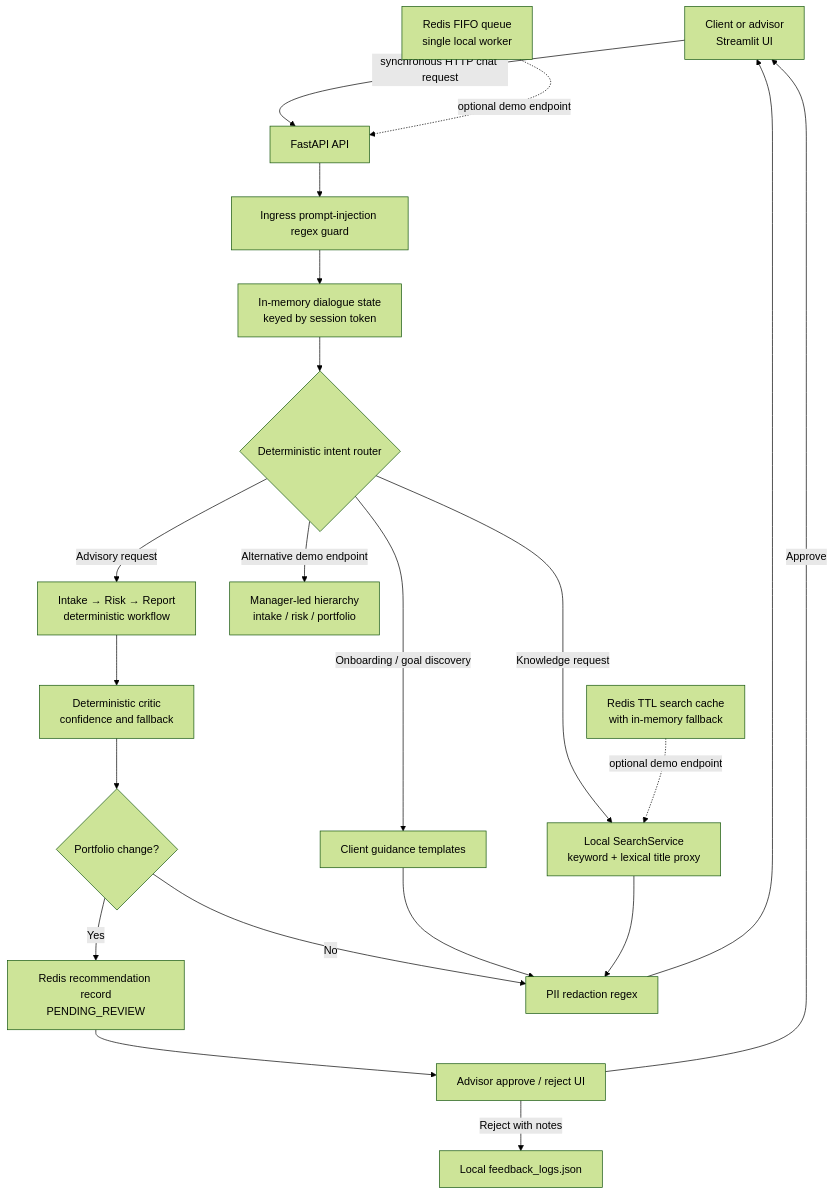
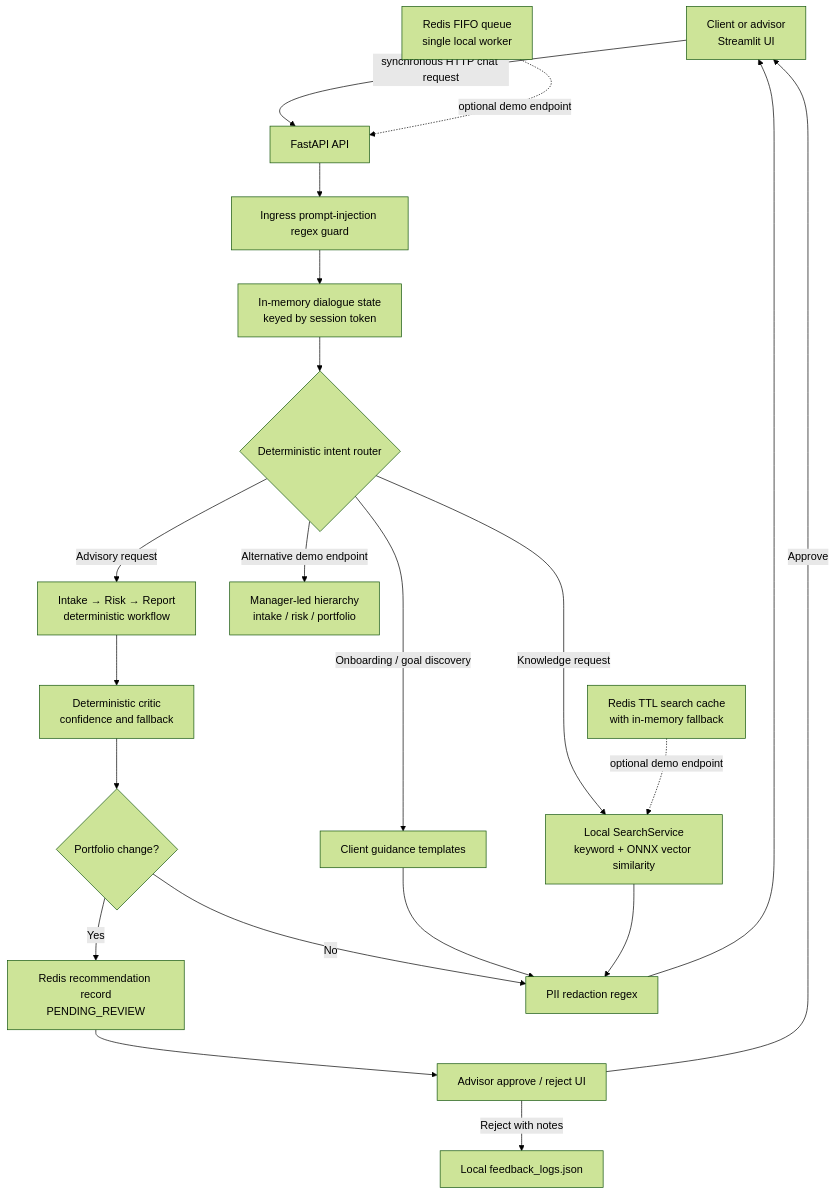
Before and after one commit to namlassalman/kayawealth-core: the diagram in README.md, drawn with Mermaid (forest theme). The commit also changed other lines of this file and 15 other files, not shown here.

````diff
--- a/README.md
+++ b/README.md
@@ -32,27 +32,27 @@
 ```mermaid
 flowchart TD
     Client[Client or advisor\nStreamlit UI] -->|synchronous HTTP chat request| API[FastAPI API]
 
     API --> Guard[Ingress prompt-injection regex guard]
     Guard --> Dialogue[In-memory dialogue state\nkeyed by session token]
     Dialogue --> Intent{Deterministic intent router}
 
     Intent -->|Onboarding / goal discovery| Guidance[Client guidance templates]
-    Intent -->|Knowledge request| Search[Local SearchService\nkeyword + lexical title proxy]
+    Intent -->|Knowledge request| Search[Local SearchService\nkeyword + ONNX vector similarity]
     Intent -->|Advisory request| Sequential[Intake → Risk → Report\ndeterministic workflow]
     Intent -->|Alternative demo endpoint| Manager[Manager-led hierarchy\nintake / risk / portfolio]
 
     Sequential --> Critic[Deterministic critic\nconfidence and fallback]
     Critic --> Review{Portfolio change?}
     Review -->|Yes| Recommendation[Redis recommendation record\nPENDING_REVIEW]
     Recommendation --> Advisor[Advisor approve / reject UI]
     Advisor -->|Reject with notes| Feedback[Local feedback_logs.json]
     Advisor -->|Approve| Client
     Review -->|No| Egress[PII redaction regex]
     Guidance --> Egress
     Search --> Egress
     Egress --> Client
 
     SearchCache[Redis TTL search cache\nwith in-memory fallback] -. optional demo endpoint .-> Search
     Queue[Redis FIFO queue\nsingle local worker] -. optional demo endpoint .-> API
 ```
````
